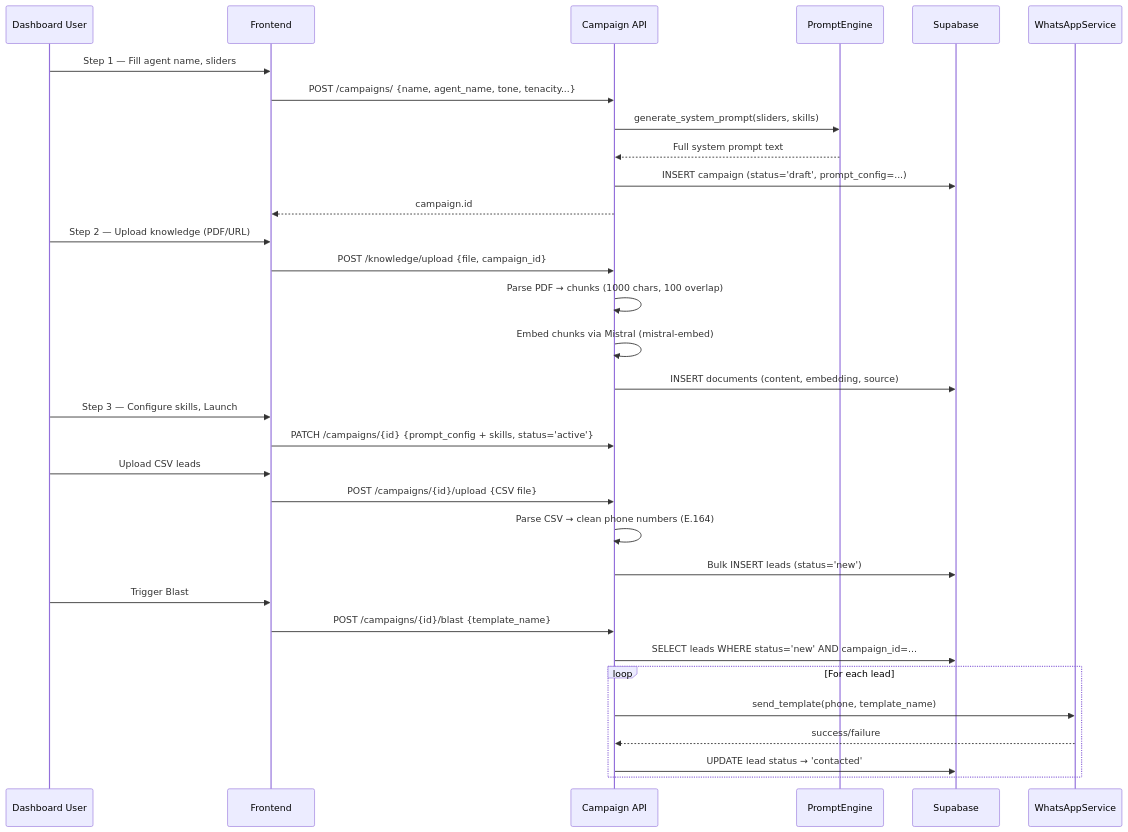
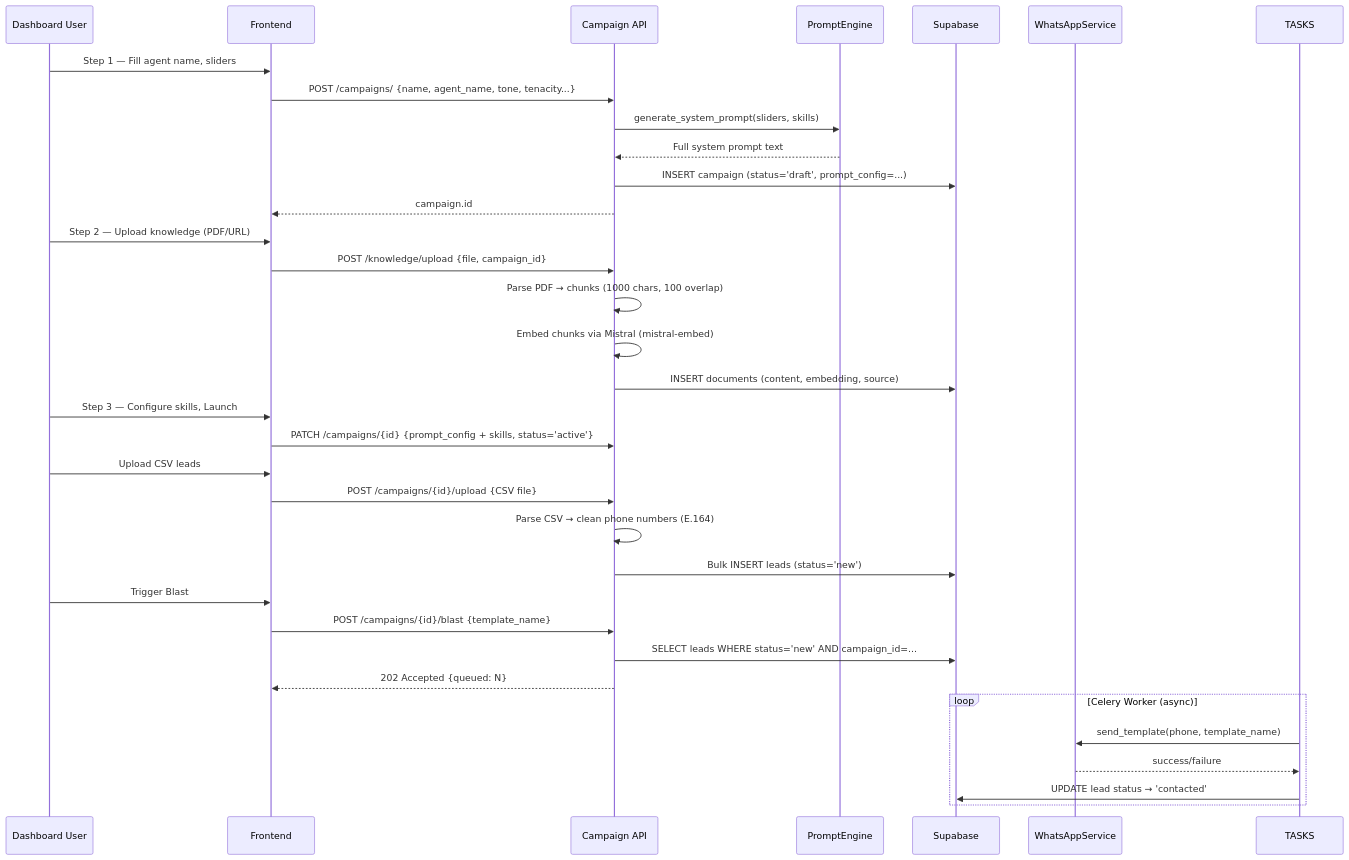
One commit to AshwinRenjith/revive changed the fourth of 6 diagrams in docs/ARCHITECTURE.md. Above: the diagram before and after it, drawn with Mermaid. The commit also changed other lines of this file, not shown here.

````diff
--- a/docs/ARCHITECTURE.md
+++ b/docs/ARCHITECTURE.md
@@ -337,40 +371,41 @@
 ```mermaid
 sequenceDiagram
     participant User as Dashboard User
     participant FE as Frontend
     participant API as Campaign API
     participant PE as PromptEngine
     participant DB as Supabase
     participant WA as WhatsAppService
 
     User->>FE: Step 1 — Fill agent name, sliders
     FE->>API: POST /campaigns/ {name, agent_name, tone, tenacity...}
     API->>PE: generate_system_prompt(sliders, skills)
     PE-->>API: Full system prompt text
     API->>DB: INSERT campaign (status='draft', prompt_config=...)
     API-->>FE: campaign.id
 
     User->>FE: Step 2 — Upload knowledge (PDF/URL)
     FE->>API: POST /knowledge/upload {file, campaign_id}
     API->>API: Parse PDF → chunks (1000 chars, 100 overlap)
     API->>API: Embed chunks via Mistral (mistral-embed)
     API->>DB: INSERT documents (content, embedding, source)
 
     User->>FE: Step 3 — Configure skills, Launch
     FE->>API: PATCH /campaigns/{id} {prompt_config + skills, status='active'}
 
     User->>FE: Upload CSV leads
     FE->>API: POST /campaigns/{id}/upload {CSV file}
     API->>API: Parse CSV → clean phone numbers (E.164)
     API->>DB: Bulk INSERT leads (status='new')
 
     User->>FE: Trigger Blast
     FE->>API: POST /campaigns/{id}/blast {template_name}
     API->>DB: SELECT leads WHERE status='new' AND campaign_id=...
+    API-->>FE: 202 Accepted {queued: N}
     
-    loop For each lead
-        API->>WA: send_template(phone, template_name)
-        WA-->>API: success/failure
-        API->>DB: UPDATE lead status → 'contacted'
+    loop Celery Worker (async)
+        TASKS->>WA: send_template(phone, template_name)
+        WA-->>TASKS: success/failure
+        TASKS->>DB: UPDATE lead status → 'contacted'
     end
 ```
````
